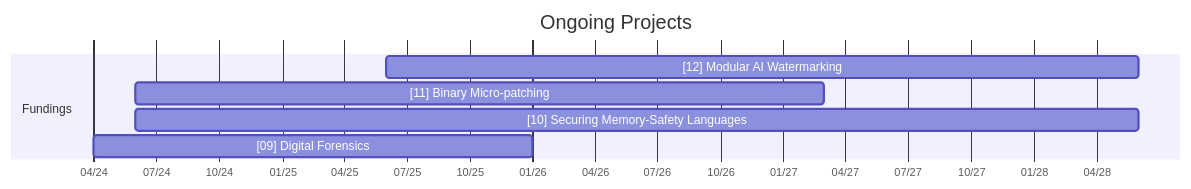
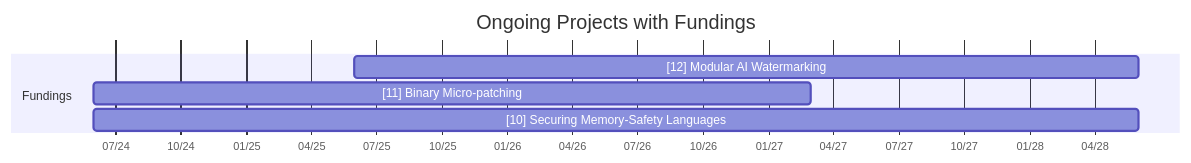
The diagram in pages/research.md (SecAI-Lab/secai-lab.github.io), drawn with Mermaid before and after one commit. The commit also changed other lines of this file, not shown here.

```diff
--- a/pages/research.md
+++ b/pages/research.md
@@ -44,11 +46,10 @@
 <div class="mermaid">
 gantt
-  title Ongoing Projects
+  title Ongoing Projects with Fundings
   dateFormat  YYYY-MM-DD
   axisFormat  %m/%y
   section Fundings
   [12] Modular AI Watermarking : 2025-06-01, 36M
   [11] Binary Micro-patching: 2024-06-01, 33M
   [10] Securing Memory-Safety Languages: 2024-06-01, 48M
-  [09] Digital Forensics: 2024-04-01, 21M
 </div>
```
